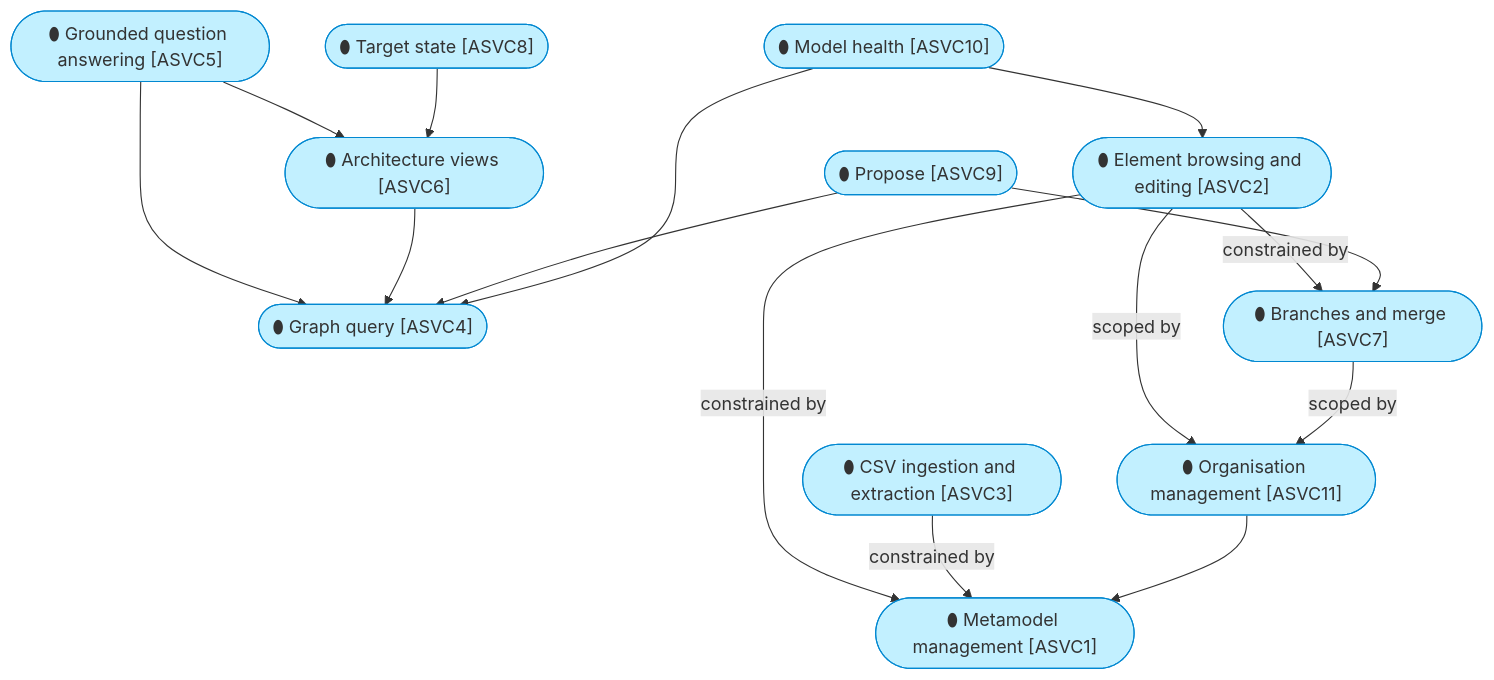
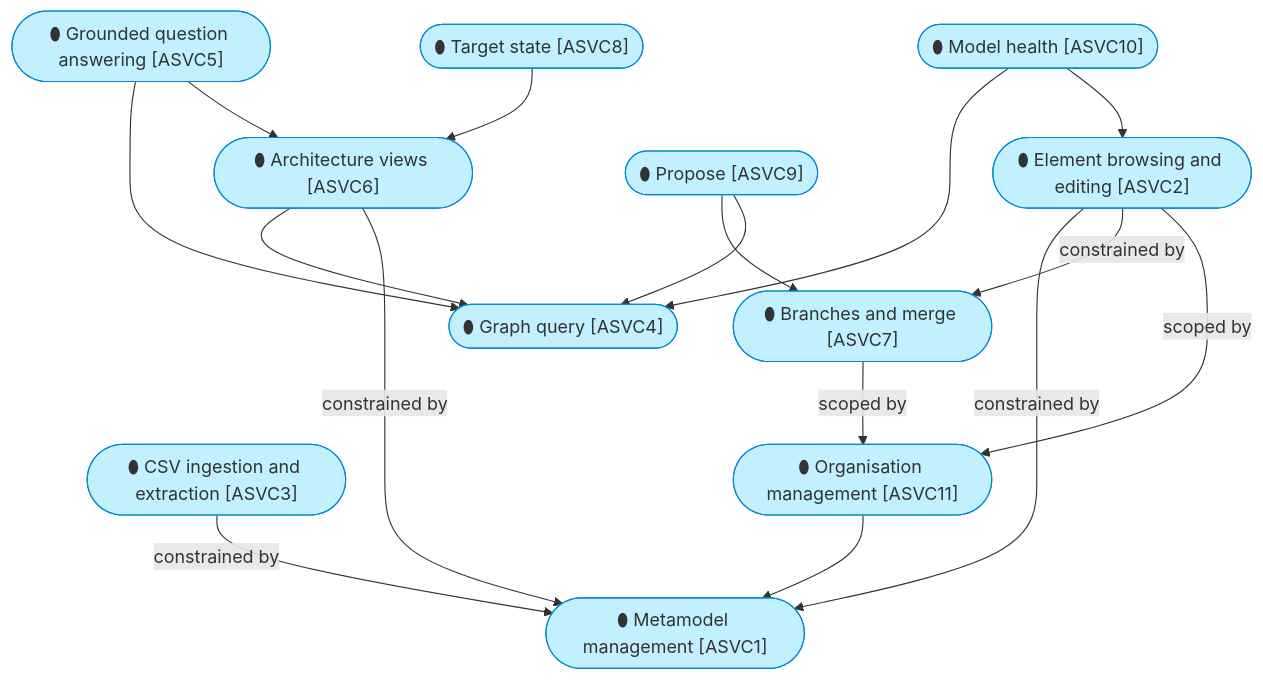
One commit to roanboc/dbx-enterprise-architecture changed the third of 4 diagrams in architecture/4_application/1_application-services.md. Above: the diagram before and after it, drawn with Mermaid. The commit also changed other lines of this file and 45 other files, not shown here.

````diff
--- a/architecture/4_application/1_application-services.md
+++ b/architecture/4_application/1_application-services.md
@@ -79,30 +79,31 @@
 ```mermaid
 flowchart TB
   s1(["⬮ Metamodel management [ASVC1]"]):::application
   s2(["⬮ Element browsing and editing [ASVC2]"]):::application
   s3(["⬮ CSV ingestion and extraction [ASVC3]"]):::application
   s4(["⬮ Graph query [ASVC4]"]):::application
   s5(["⬮ Grounded question answering [ASVC5]"]):::application
   s6(["⬮ Architecture views [ASVC6]"]):::application
   s7(["⬮ Branches and merge [ASVC7]"]):::application
   s8(["⬮ Target state [ASVC8]"]):::application
   s9(["⬮ Propose [ASVC9]"]):::application
   s10(["⬮ Model health [ASVC10]"]):::application
   s11(["⬮ Organisation management [ASVC11]"]):::application
   s2 -->|constrained by| s1
   s3 -->|constrained by| s1
   s2 -->|constrained by| s7
   s5 --> s4
   s5 --> s6
   s6 --> s4
+  s6 -->|constrained by| s1
   s8 --> s6
   s9 --> s7
   s9 --> s4
   s10 --> s4
   s10 --> s2
   s11 --> s1
   s2 -->|scoped by| s11
   s7 -->|scoped by| s11
 
   classDef application fill:#c2f0ff,stroke:#0288d1,color:#333
 ```
````
